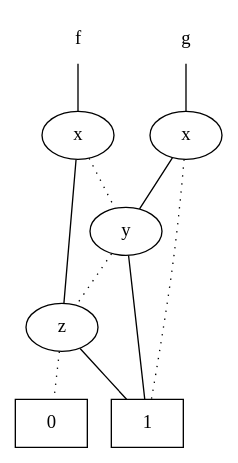
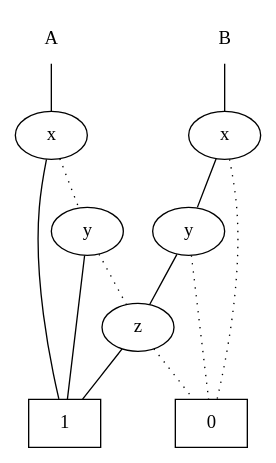
One commit to sventhijssen/SBDD changed the diagram in SBDD/export.dot. Above: the diagram before and after it, drawn with Graphviz. The commit also changed 4 other files, not shown here.

```diff
--- a/SBDD/export.dot
+++ b/SBDD/export.dot
@@ -1,20 +1,23 @@
 graph sbdd { 
-f[shape="plaintext"];
-f -- 4;
-g[shape="plaintext"];
-g -- 5;
+A[shape="plaintext"];
+A -- 4;
+B[shape="plaintext"];
+B -- 6;
 1[shape="box"];
 0[shape="box"];
 2[label="z"];
 3[label="y"];
 4[label="x"];
-5[label="x"];
+5[label="y"];
+6[label="x"];
 2 -- 0 [style="dotted"];
 2 -- 1;
 3 -- 2 [style="dotted"];
 3 -- 1;
 4 -- 3 [style="dotted"];
-4 -- 2;
-5 -- 1 [style="dotted"];
-5 -- 3;
+4 -- 1;
+5 -- 0 [style="dotted"];
+5 -- 2;
+6 -- 0 [style="dotted"];
+6 -- 5;
  }
```
